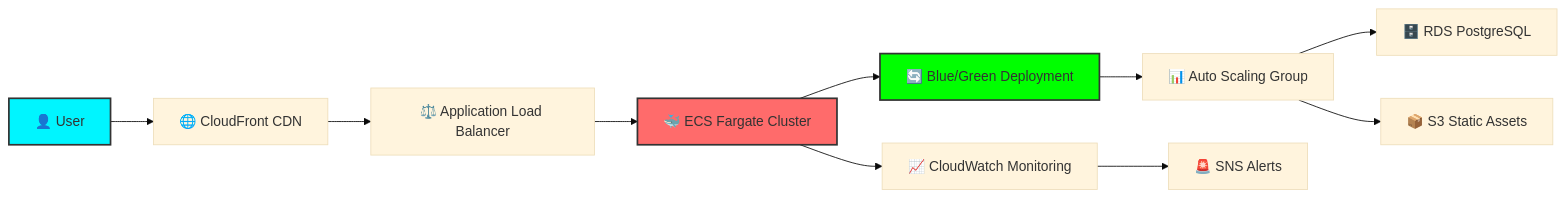
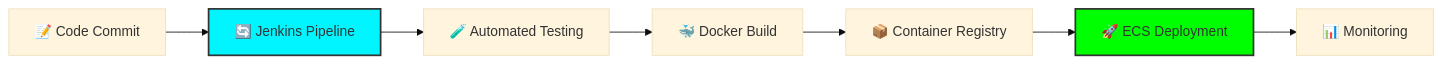
Before and after one commit to vikky1701/vikky1701: the second of 4 diagrams in README.md, drawn with Mermaid (base theme). The commit also changed other lines of this file, not shown here.

````diff
--- a/README.md
+++ b/README.md
@@ -190,16 +188,12 @@
 ```mermaid
 graph LR
-    A[👤 User] --> B[🌐 CloudFront CDN]
-    B --> C[⚖️ Application Load Balancer]
-    C --> D[🐳 ECS Fargate Cluster]
-    D --> E[🔄 Blue/Green Deployment]
-    E --> F[📊 Auto Scaling Group]
-    F --> G[🗄️ RDS PostgreSQL]
-    F --> H[📦 S3 Static Assets]
-    D --> I[📈 CloudWatch Monitoring]
-    I --> J[🚨 SNS Alerts]
+    A[📝 Code Commit] --> B[🔄 Jenkins Pipeline]
+    B --> C[🧪 Automated Testing]
+    C --> D[🐳 Docker Build]
+    D --> E[📦 Container Registry]
+    E --> F[🚀 ECS Deployment]
+    F --> G[📊 Monitoring]
     
-    style A fill:#00f5ff,stroke:#333,stroke-width:2px
-    style D fill:#ff6b6b,stroke:#333,stroke-width:2px
-    style E fill:#00ff00,stroke:#333,stroke-width:2px
+    style B fill:#00f5ff,stroke:#333,stroke-width:2px
+    style F fill:#00ff00,stroke:#333,stroke-width:2px
 ```
````
